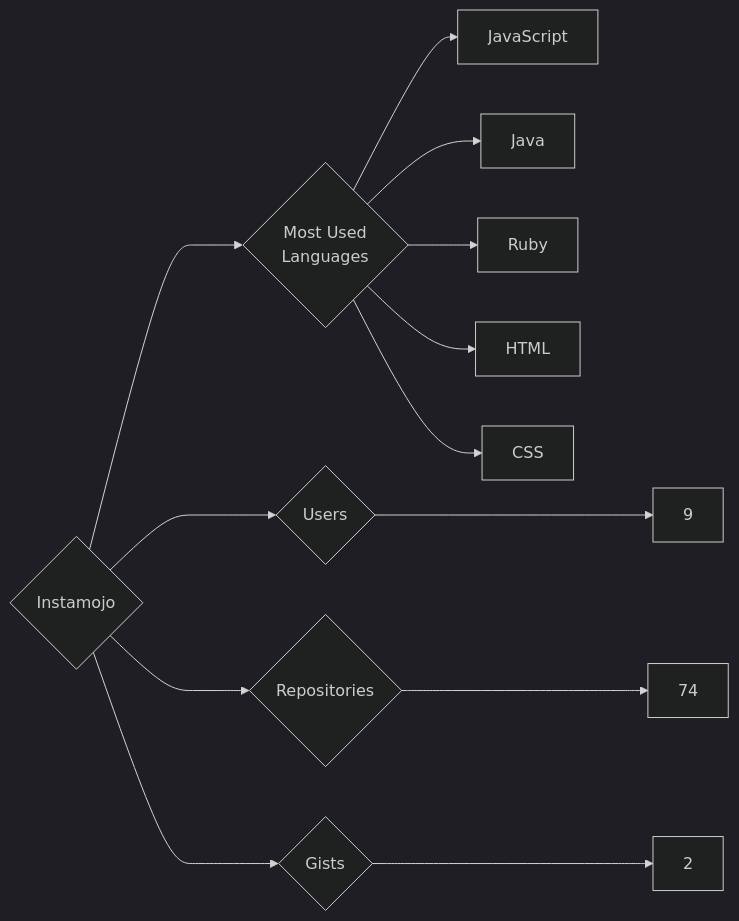
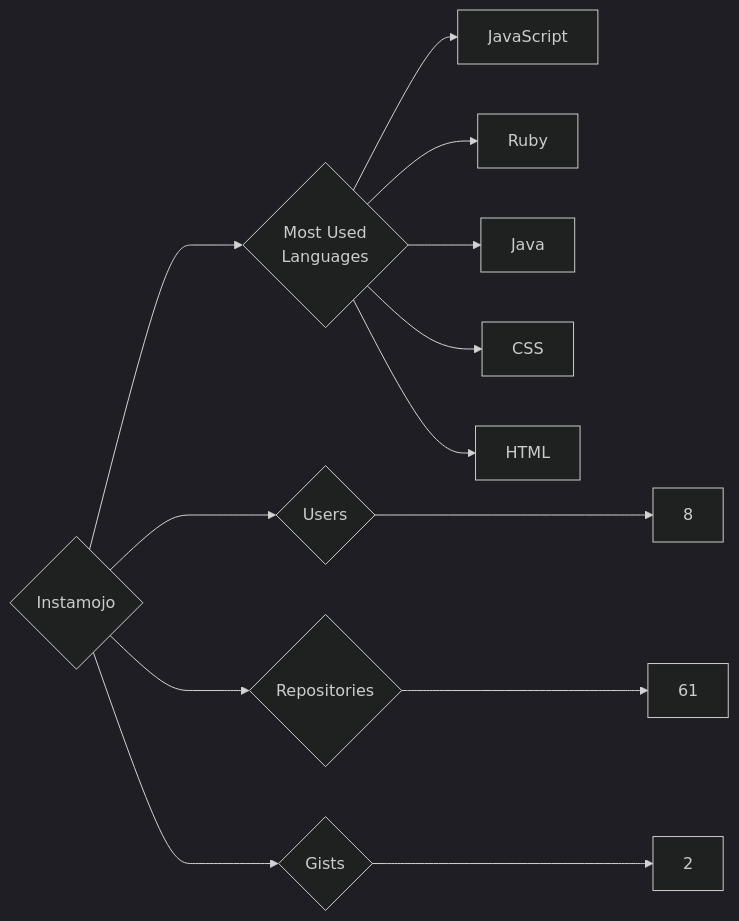
Before and after one commit to trickest/insiders: the diagram in targets/Instamojo/README.md, drawn with Mermaid (dark theme). The commit also changed 1167 other files, not shown here.

````diff
--- a/targets/Instamojo/README.md
+++ b/targets/Instamojo/README.md
@@ -3,13 +3,13 @@
 ```mermaid
 graph LR
 COMPANY_NAME{Instamojo}
-COMPANY_NAME ---> U{Users} ---> UN[9]
-COMPANY_NAME ---> R{Repositories} ---> RN[74]
+COMPANY_NAME ---> U{Users} ---> UN[8]
+COMPANY_NAME ---> R{Repositories} ---> RN[61]
 COMPANY_NAME ---> G{Gists} ---> GN[2]
 COMPANY_NAME ---> ML{Most Used<br>Languages}
 ML --> JavaScript[JavaScript]
+ML --> Ruby[Ruby]
 ML --> Java[Java]
-ML --> Ruby[Ruby]
+ML --> CSS[CSS]
 ML --> HTML[HTML]
-ML --> CSS[CSS]
 ```
````
